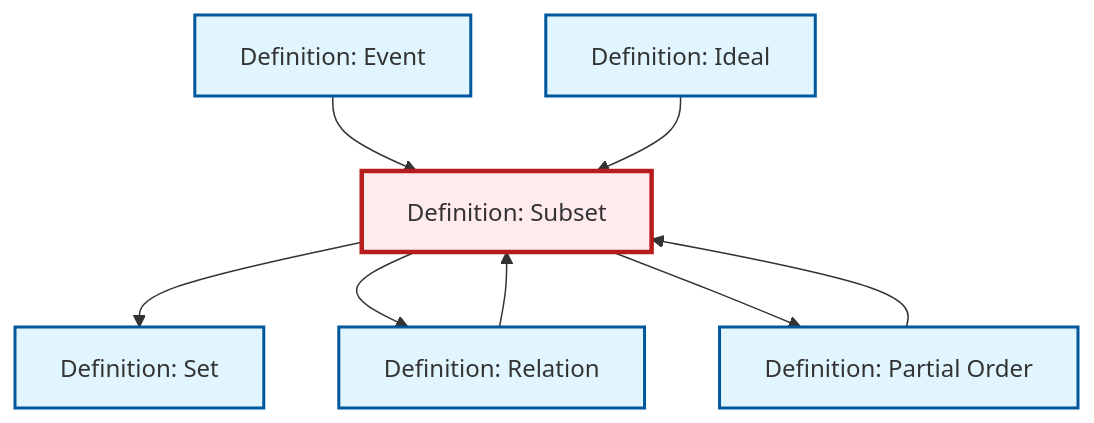
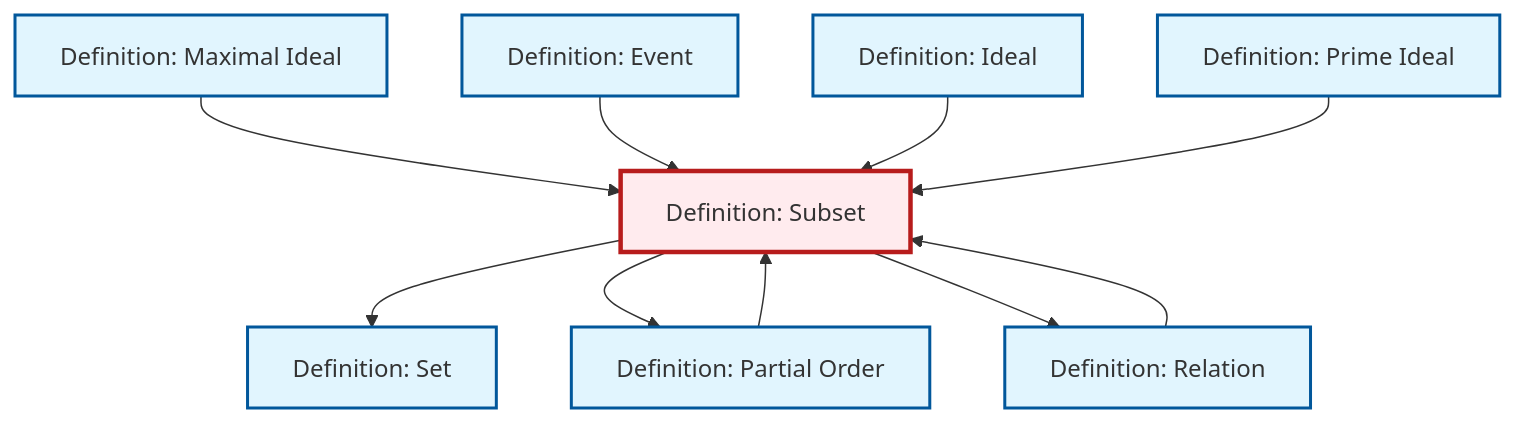
Before and after one commit to RK0429/ModernMath: the diagram in content/ja/logic-set-theory/def-subset.qmd, drawn with Mermaid. The commit also changed 654 other files, not shown here.

````diff
--- a/content/ja/logic-set-theory/def-subset.qmd
+++ b/content/ja/logic-set-theory/def-subset.qmd
@@ -52,28 +52,34 @@
 ```{mermaid}
 %%| fig-cap: "Local dependency graph"
 graph TD
     classDef definition fill:#e1f5fe,stroke:#01579b,stroke-width:2px
     classDef theorem fill:#f3e5f5,stroke:#4a148c,stroke-width:2px
     classDef axiom fill:#fff3e0,stroke:#e65100,stroke-width:2px
     classDef example fill:#e8f5e9,stroke:#1b5e20,stroke-width:2px
     classDef current fill:#ffebee,stroke:#b71c1c,stroke-width:3px
+    def-set["Definition: Set"]:::definition
+    def-maximal-ideal["Definition: Maximal Ideal"]:::definition
     def-event["Definition: Event"]:::definition
+    def-prime-ideal["Definition: Prime Ideal"]:::definition
     def-subset["Definition: Subset"]:::definition
+    def-relation["Definition: Relation"]:::definition
+    def-ideal["Definition: Ideal"]:::definition
     def-partial-order["Definition: Partial Order"]:::definition
-    def-relation["Definition: Relation"]:::definition
-    def-set["Definition: Set"]:::definition
-    def-ideal["Definition: Ideal"]:::definition
+    def-maximal-ideal --> def-subset
+    def-subset --> def-set
     def-event --> def-subset
     def-ideal --> def-subset
-    def-subset --> def-set
+    def-partial-order --> def-subset
+    def-relation --> def-subset
+    def-subset --> def-partial-order
     def-subset --> def-relation
-    def-subset --> def-partial-order
-    def-relation --> def-subset
-    def-partial-order --> def-subset
+    def-prime-ideal --> def-subset
     class def-subset current
+    click def-set "def-set.html" "Definition: Setへ"
+    click def-maximal-ideal "def-maximal-ideal.html" "Definition: Maximal Idealへ"
     click def-event "def-event.html" "Definition: Eventへ"
+    click def-prime-ideal "def-prime-ideal.html" "Definition: Prime Idealへ"
+    click def-relation "def-relation.html" "Definition: Relationへ"
+    click def-ideal "def-ideal.html" "Definition: Idealへ"
     click def-partial-order "def-partial-order.html" "Definition: Partial Orderへ"
-    click def-relation "def-relation.html" "Definition: Relationへ"
-    click def-set "def-set.html" "Definition: Setへ"
-    click def-ideal "def-ideal.html" "Definition: Idealへ"
 ```
````
